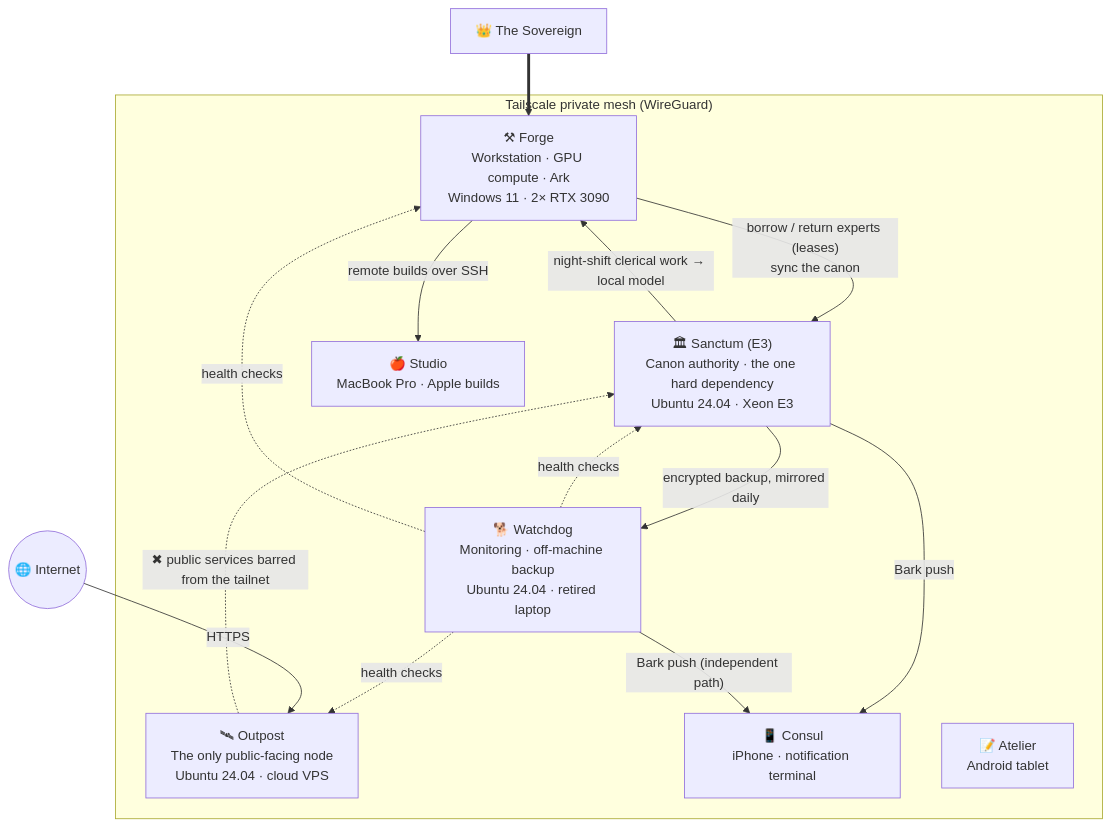
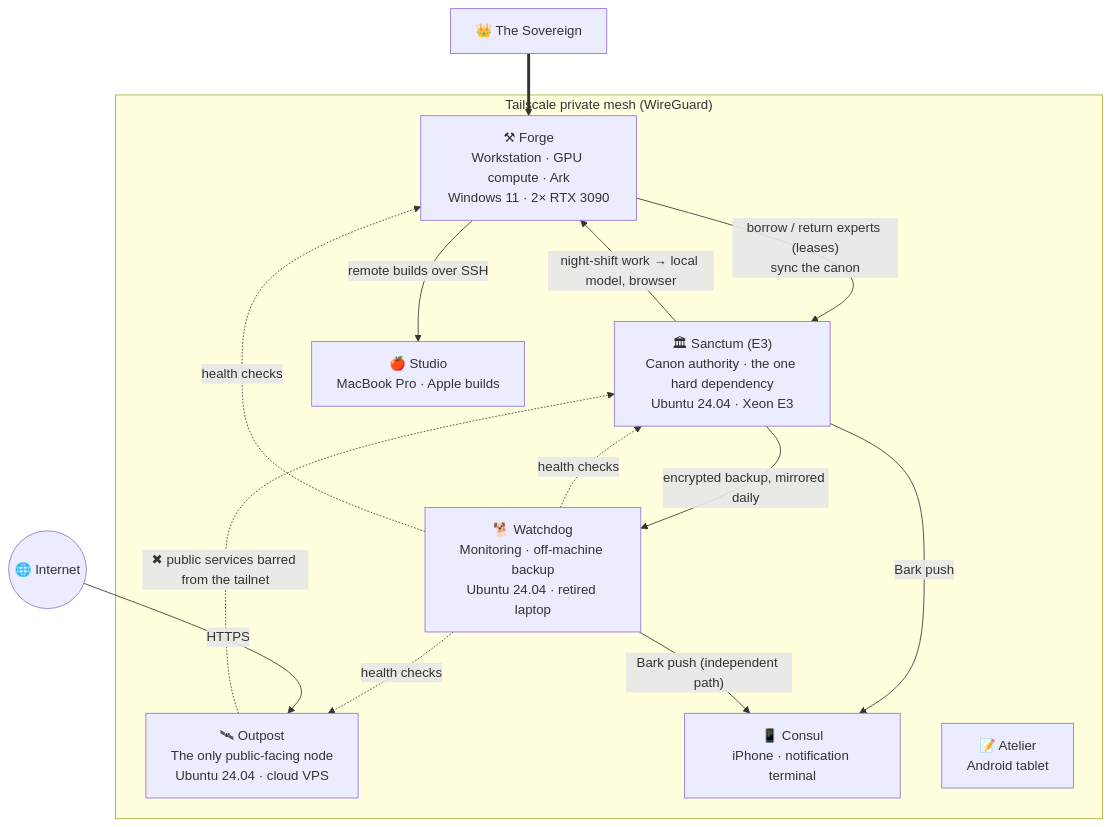
Before and after one commit to Zaious/ChronicleCore-Architecture: the first of 2 diagrams in architecture/INFRASTRUCTURE.md, drawn with Mermaid. The commit also changed other lines of this file and 3 other files, not shown here.

````diff
--- a/architecture/INFRASTRUCTURE.md
+++ b/architecture/INFRASTRUCTURE.md
@@ -76,29 +76,29 @@
 ```mermaid
 graph TB
     SOV["👑 The Sovereign"]
 
     subgraph TAILNET ["Tailscale private mesh (WireGuard)"]
         FORGE["⚒ Forge<br/>Workstation · GPU compute · Ark<br/>Windows 11 · 2× RTX 3090"]
         SANCTUM["🏛 Sanctum (E3)<br/>Canon authority · the one hard dependency<br/>Ubuntu 24.04 · Xeon E3"]
         WATCHDOG["🐕 Watchdog<br/>Monitoring · off-machine backup<br/>Ubuntu 24.04 · retired laptop"]
         OUTPOST["🛰 Outpost<br/>The only public-facing node<br/>Ubuntu 24.04 · cloud VPS"]
         CONSUL["📱 Consul<br/>iPhone · notification terminal"]
         ATELIER["📝 Atelier<br/>Android tablet"]
         STUDIO["🍎 Studio<br/>MacBook Pro · Apple builds"]
     end
 
     PUBLIC(("🌐 Internet"))
 
     SOV ==> FORGE
     FORGE -- "borrow / return experts (leases)<br/>sync the canon" --> SANCTUM
-    SANCTUM -- "night-shift clerical work → local model" --> FORGE
+    SANCTUM -- "night-shift work → local model, browser" --> FORGE
     SANCTUM -- "encrypted backup, mirrored daily" --> WATCHDOG
     WATCHDOG -. "health checks" .-> SANCTUM
     WATCHDOG -. "health checks" .-> FORGE
     WATCHDOG -. "health checks" .-> OUTPOST
     SANCTUM -- "Bark push" --> CONSUL
     WATCHDOG -- "Bark push (independent path)" --> CONSUL
     FORGE -- "remote builds over SSH" --> STUDIO
     PUBLIC -- "HTTPS" --> OUTPOST
     OUTPOST -. "✖ public services barred from the tailnet" .-> SANCTUM
 ```
````
